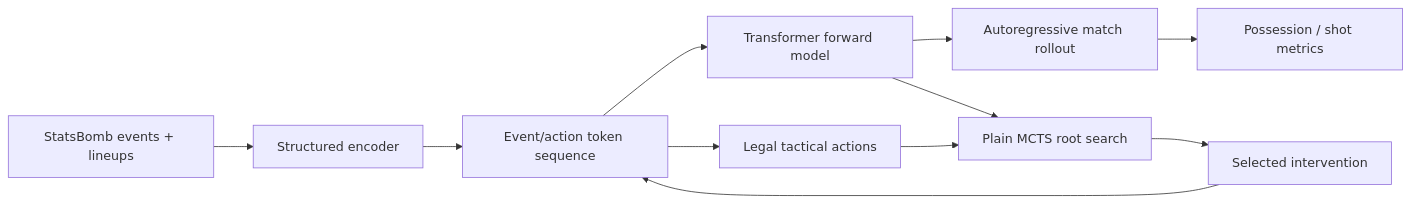
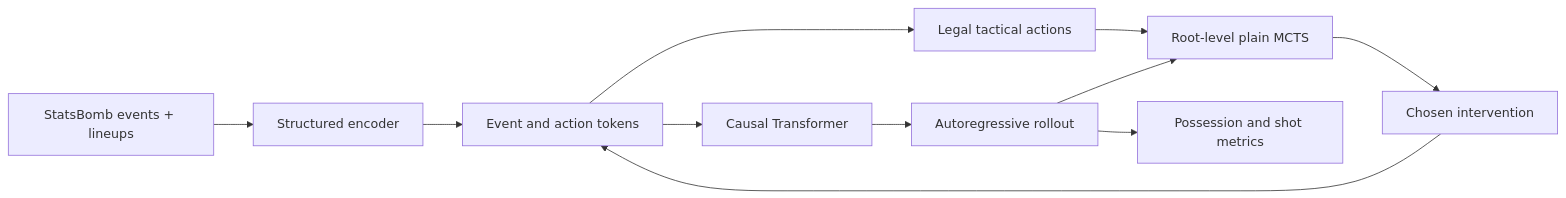
The first of 3 diagrams in docs/ARCHITECTURE.md (peterelias75/ffm-tactical-mcts-repro), drawn with Mermaid before and after one commit. The commit also changed other lines of this file, not shown here.

Commit message:
Expand architecture and design rationale

````diff
--- a/docs/ARCHITECTURE.md
+++ b/docs/ARCHITECTURE.md
@@ -5,13 +7,13 @@
 ```mermaid
 flowchart LR
     A[StatsBomb events + lineups] --> B[Structured encoder]
-    B --> C[Event/action token sequence]
-    C --> D[Transformer forward model]
-    D --> E[Autoregressive match rollout]
+    B --> C[Event and action tokens]
+    C --> D[Causal Transformer]
+    D --> E[Autoregressive rollout]
     C --> F[Legal tactical actions]
-    F --> G[Plain MCTS root search]
-    D --> G
-    G --> H[Selected intervention]
+    F --> G[Root-level plain MCTS]
+    E --> G
+    G --> H[Chosen intervention]
     H --> C
-    E --> I[Possession / shot metrics]
+    E --> I[Possession and shot metrics]
 ```
````
